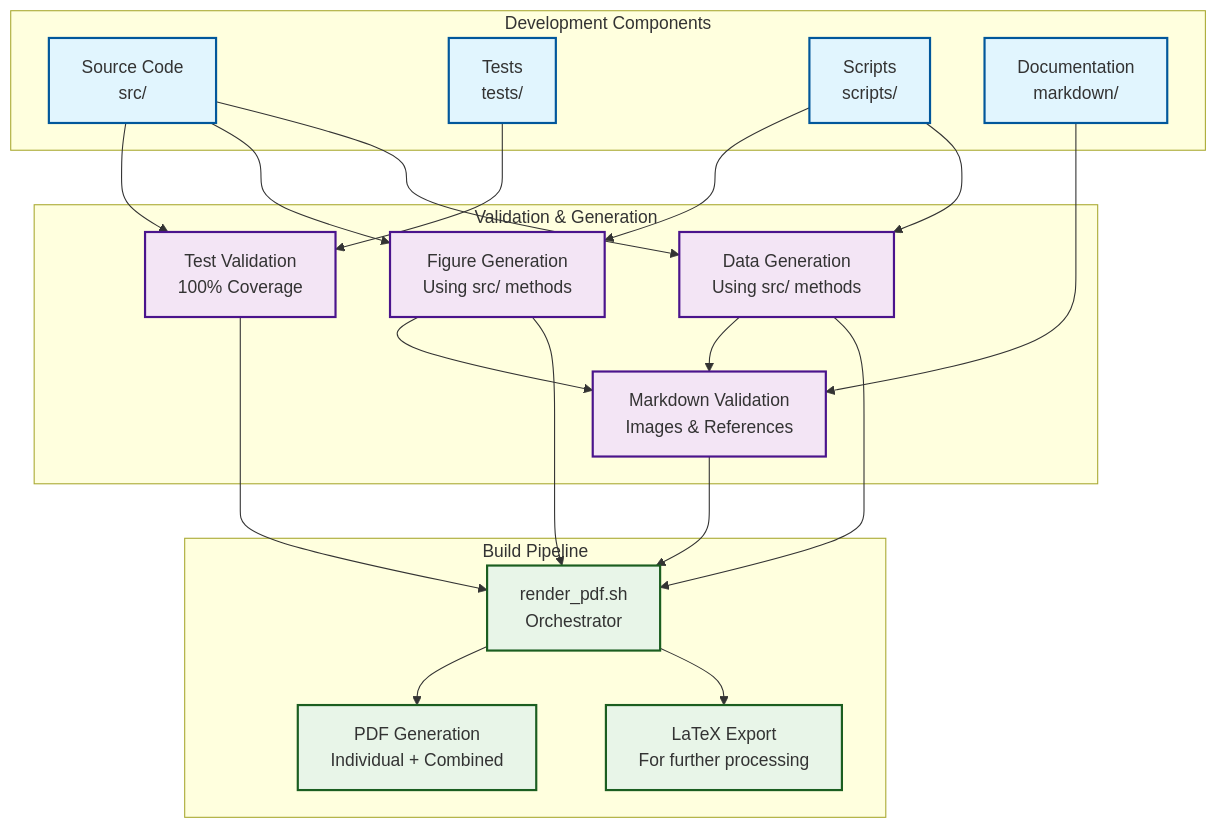
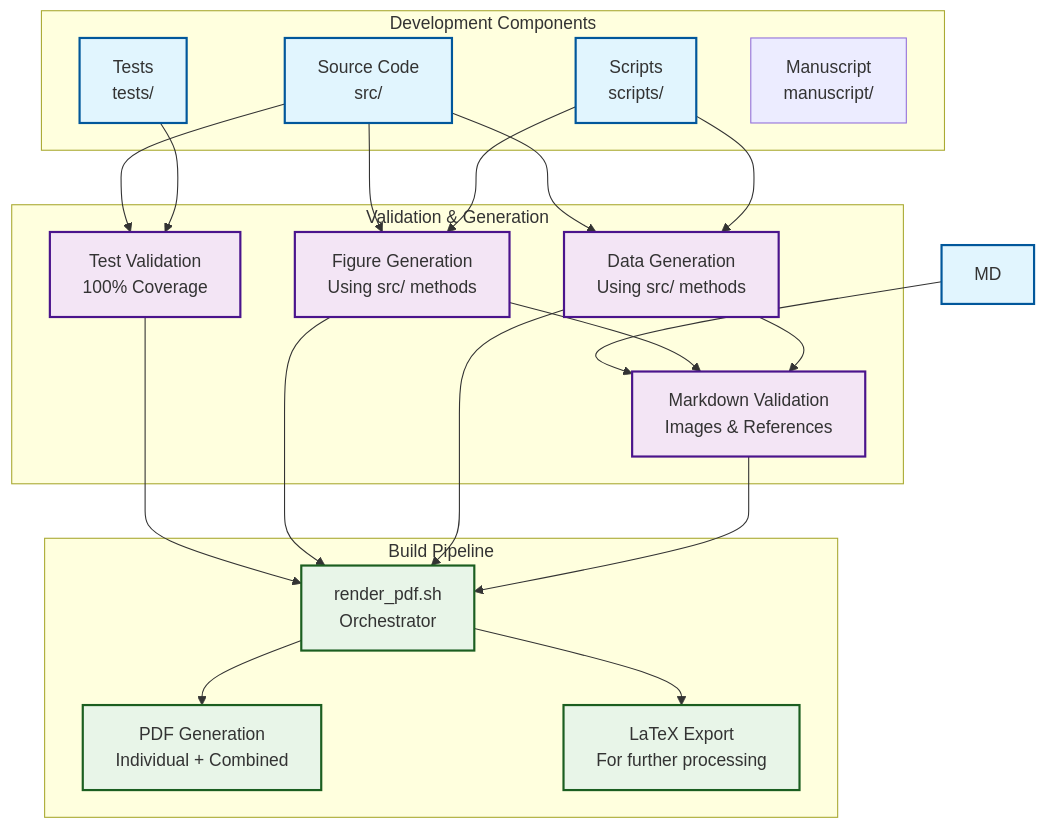
One commit to docxology/template changed the first of 3 diagrams in docs/WORKFLOW.md. Above: the diagram before and after it, drawn with Mermaid. The commit also changed other lines of this file and 45 other files, not shown here.

````diff
--- a/docs/WORKFLOW.md
+++ b/docs/WORKFLOW.md
@@ -17,48 +17,48 @@
 ```mermaid
 graph TB
     subgraph "Development Components"
         SRC[Source Code<br/>src/]
         TESTS[Tests<br/>tests/]
         SCRIPTS[Scripts<br/>scripts/]
-        MD[Documentation<br/>markdown/]
+        MANUSCRIPT[Manuscript<br/>manuscript/]
     end
     
     subgraph "Validation & Generation"
         VALIDATION[Test Validation<br/>100% Coverage]
         FIGURES[Figure Generation<br/>Using src/ methods]
         DATA[Data Generation<br/>Using src/ methods]
         MARKDOWN_VAL[Markdown Validation<br/>Images & References]
     end
     
     subgraph "Build Pipeline"
         RENDER[render_pdf.sh<br/>Orchestrator]
         PDFS[PDF Generation<br/>Individual + Combined]
         LATEX[LaTeX Export<br/>For further processing]
     end
     
     SRC --> VALIDATION
     TESTS --> VALIDATION
     SRC --> FIGURES
     SRC --> DATA
     SCRIPTS --> FIGURES
     SCRIPTS --> DATA
     MD --> MARKDOWN_VAL
     FIGURES --> MARKDOWN_VAL
     DATA --> MARKDOWN_VAL
     
     VALIDATION --> RENDER
     FIGURES --> RENDER
     DATA --> RENDER
     MARKDOWN_VAL --> RENDER
     
     RENDER --> PDFS
     RENDER --> LATEX
     
     classDef component fill:#e1f5fe,stroke:#01579b,stroke-width:2px
     classDef validation fill:#f3e5f5,stroke:#4a148c,stroke-width:2px
     classDef pipeline fill:#e8f5e8,stroke:#1b5e20,stroke-width:2px
     
     class SRC,TESTS,SCRIPTS,MD component
     class VALIDATION,FIGURES,DATA,MARKDOWN_VAL validation
     class RENDER,PDFS,LATEX pipeline
 ```
````
